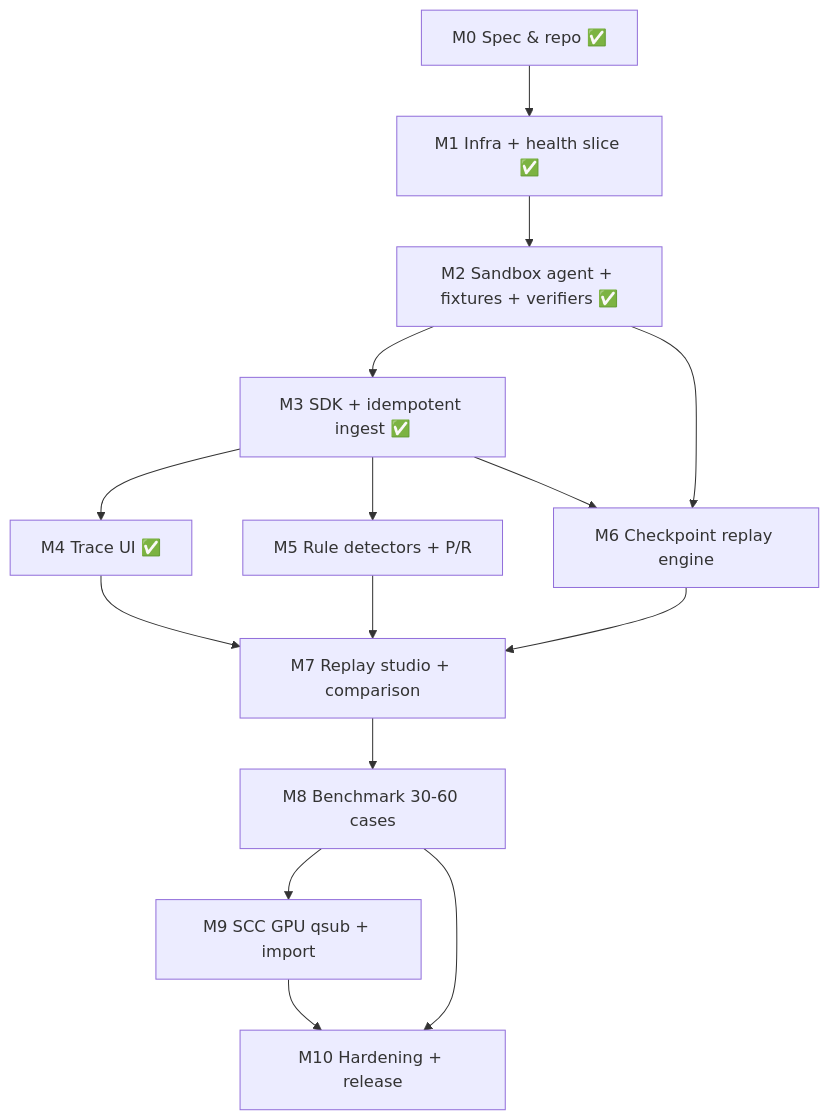
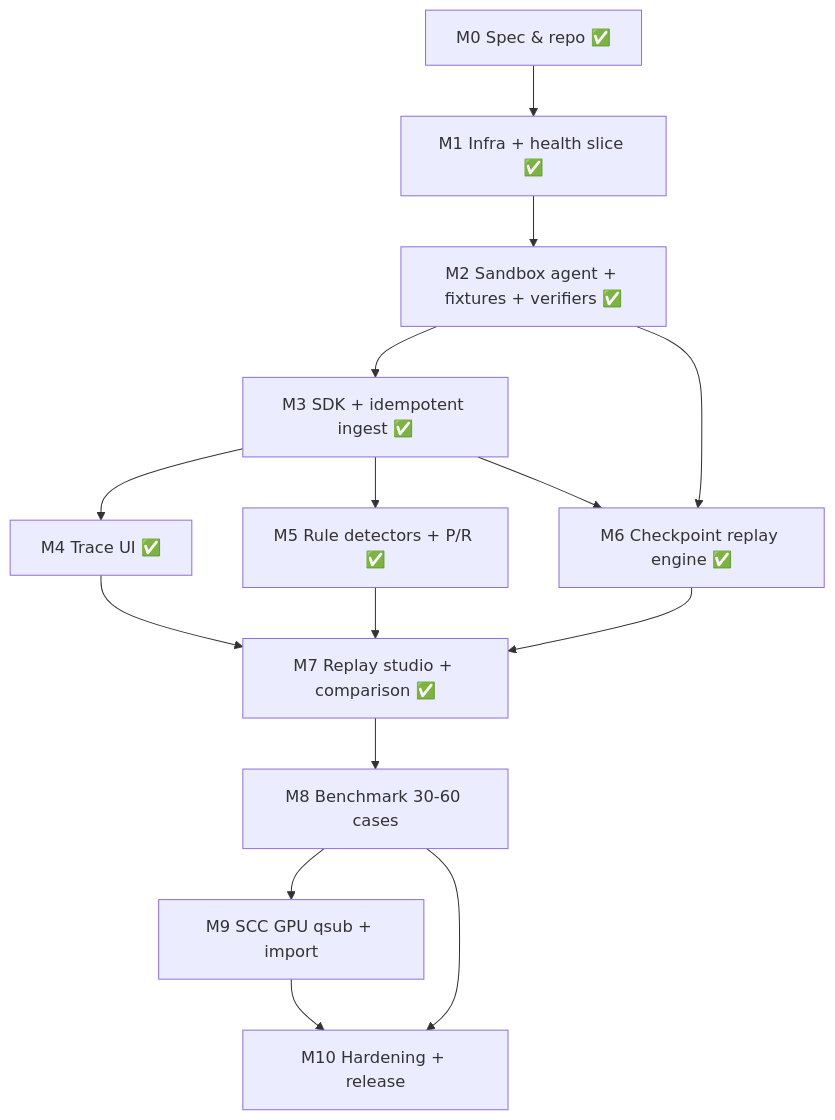
One commit to Kaushik2AI/agent-blackbox changed the third of 3 diagrams in docs/architecture.md. Above: the diagram before and after it, drawn with Mermaid. The commit also changed other lines of this file and 57 other files, not shown here.

Commit message:
M5-M7: detectors, sandboxed replay, Replay Studio + comparison

````diff
--- a/docs/architecture.md
+++ b/docs/architecture.md
@@ -89,17 +89,17 @@
 ```mermaid
 flowchart TD
   M0[M0 Spec & repo ✅] --> M1[M1 Infra + health slice ✅]
   M1 --> M2[M2 Sandbox agent + fixtures + verifiers ✅]
   M2 --> M3[M3 SDK + idempotent ingest ✅]
   M3 --> M4[M4 Trace UI ✅]
-  M3 --> M5[M5 Rule detectors + P/R]
-  M2 --> M6[M6 Checkpoint replay engine]
+  M3 --> M5[M5 Rule detectors + P/R ✅]
+  M2 --> M6[M6 Checkpoint replay engine ✅]
   M3 --> M6
-  M4 --> M7[M7 Replay studio + comparison]
+  M4 --> M7[M7 Replay studio + comparison ✅]
   M5 --> M7
   M6 --> M7
   M7 --> M8[M8 Benchmark 30-60 cases]
   M8 --> M9[M9 SCC GPU qsub + import]
   M8 --> M10[M10 Hardening + release]
   M9 --> M10
 ```
````
